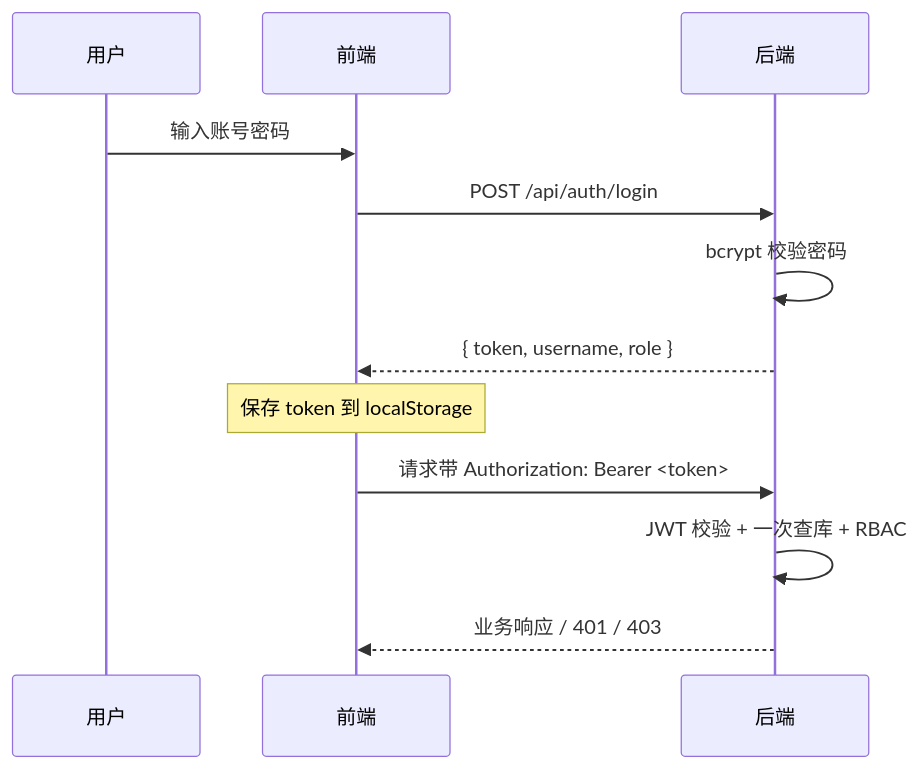
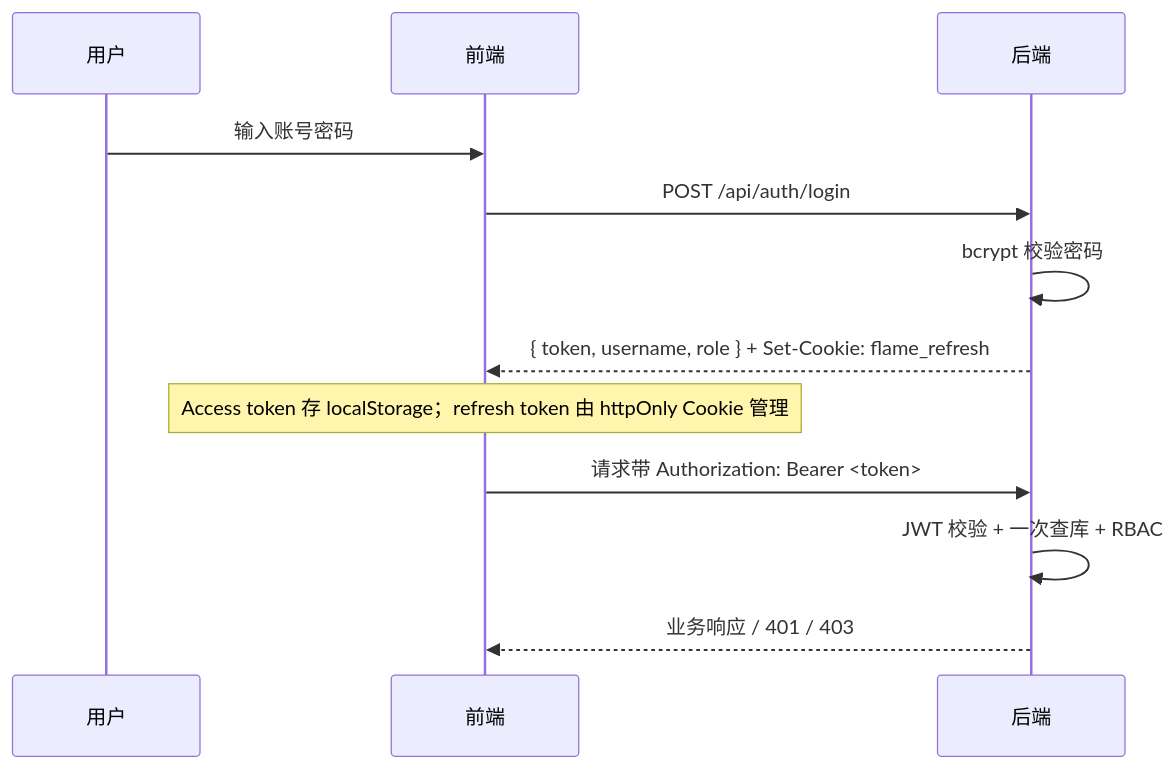
One commit to Forevery1021/Flamepanel changed the first of 3 diagrams in Doc/07-权限体系设计.md. Above: the diagram before and after it, drawn with Mermaid. The commit also changed other lines of this file and 1182 other files, not shown here.

````diff
--- a/Doc/07-权限体系设计.md
+++ b/Doc/07-权限体系设计.md
@@ -9,14 +9,14 @@
 ```mermaid
 sequenceDiagram
     participant U as 用户
     participant F as 前端
     participant S as 后端
     U->>F: 输入账号密码
     F->>S: POST /api/auth/login
     S->>S: bcrypt 校验密码
-    S-->>F: { token, username, role }
-    Note over F: 保存 token 到 localStorage
+    S-->>F: { token, username, role } + Set-Cookie: flame_refresh
+    Note over F: Access token 存 localStorage；refresh token 由 httpOnly Cookie 管理
     F->>S: 请求带 Authorization: Bearer <token>
     S->>S: JWT 校验 + 一次查库 + RBAC
     S-->>F: 业务响应 / 401 / 403
 ```
````
